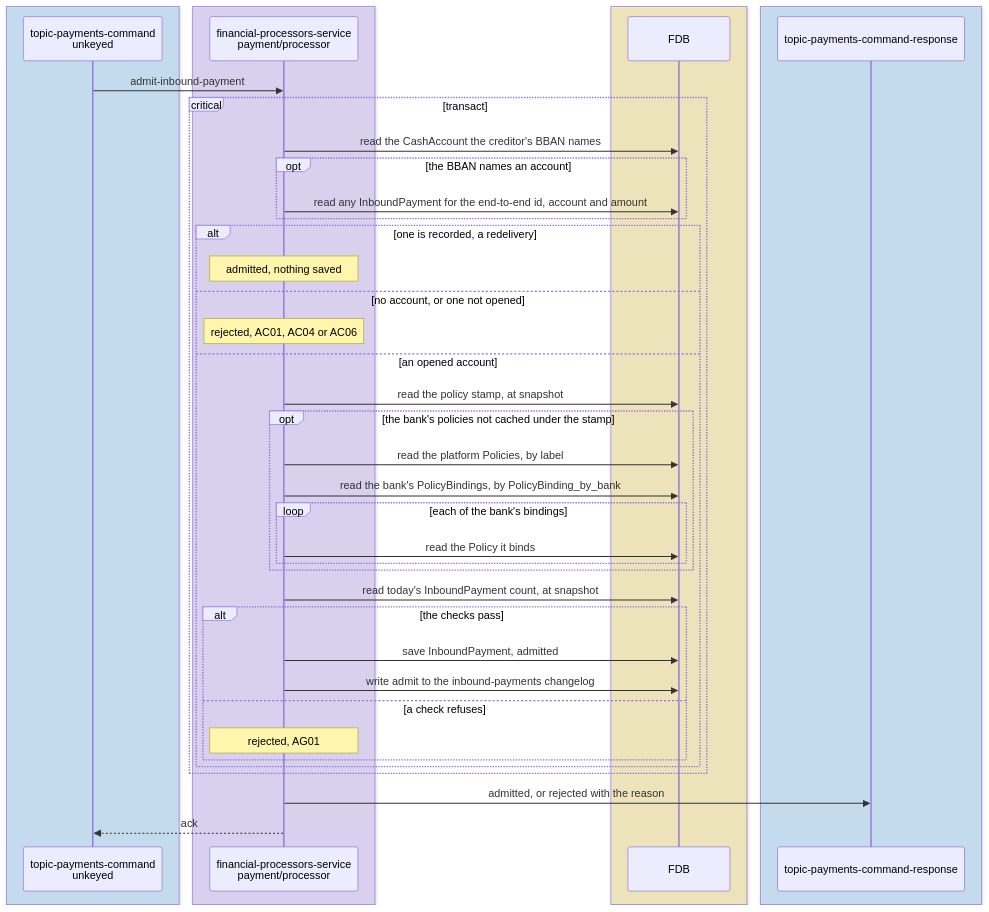
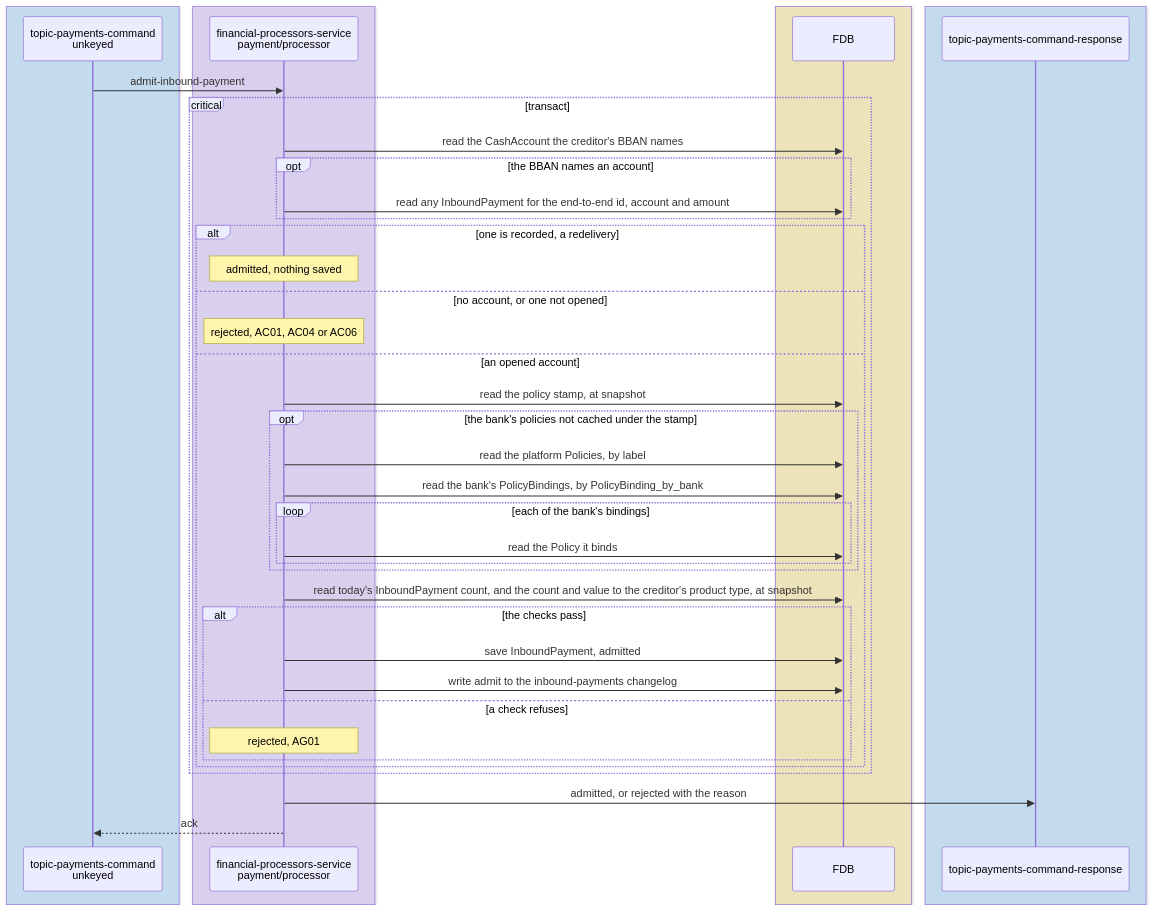
The tenth of 16 diagrams in docs/tdd/payments-inbound.md (repldriven/queenswood), drawn with Mermaid before and after one commit. The commit also changed other lines of this file and 104 other files, not shown here.

````diff
--- a/docs/tdd/payments-inbound.md
+++ b/docs/tdd/payments-inbound.md
@@ -548,45 +550,45 @@
 ```mermaid
 sequenceDiagram
     box rgba(165, 216, 255, 0.45)
     participant PC as topic-payments-command<br/>unkeyed
     end
     box rgba(208, 191, 255, 0.45)
     participant PP as financial-processors-service<br/>payment/processor
     end
     box rgba(255, 236, 153, 0.5)
     participant DB as FDB
     end
     box rgba(165, 216, 255, 0.45)
     participant PS as topic-payments-command-response
     end
     PC->>PP: admit-inbound-payment
     critical transact
     PP->>DB: read the CashAccount the creditor's BBAN names
     opt the BBAN names an account
     PP->>DB: read any InboundPayment for the end-to-end id, account and amount
     end
     alt one is recorded, a redelivery
     Note over PP: admitted, nothing saved
     else no account, or one not opened
     Note over PP: rejected, AC01, AC04 or AC06
     else an opened account
     PP->>DB: read the policy stamp, at snapshot
     opt the bank's policies not cached under the stamp
     PP->>DB: read the platform Policies, by label
     PP->>DB: read the bank's PolicyBindings, by PolicyBinding_by_bank
     loop each of the bank's bindings
     PP->>DB: read the Policy it binds
     end
     end
-    PP->>DB: read today's InboundPayment count, at snapshot
+    PP->>DB: read today's InboundPayment count, and the count and value to the creditor's product type, at snapshot
     alt the checks pass
     PP->>DB: save InboundPayment, admitted
     PP->>DB: write admit to the inbound-payments changelog
     else a check refuses
     Note over PP: rejected, AG01
     end
     end
     end
     PP->>PS: admitted, or rejected with the reason
     PP-->>PC: ack
 ```
````
